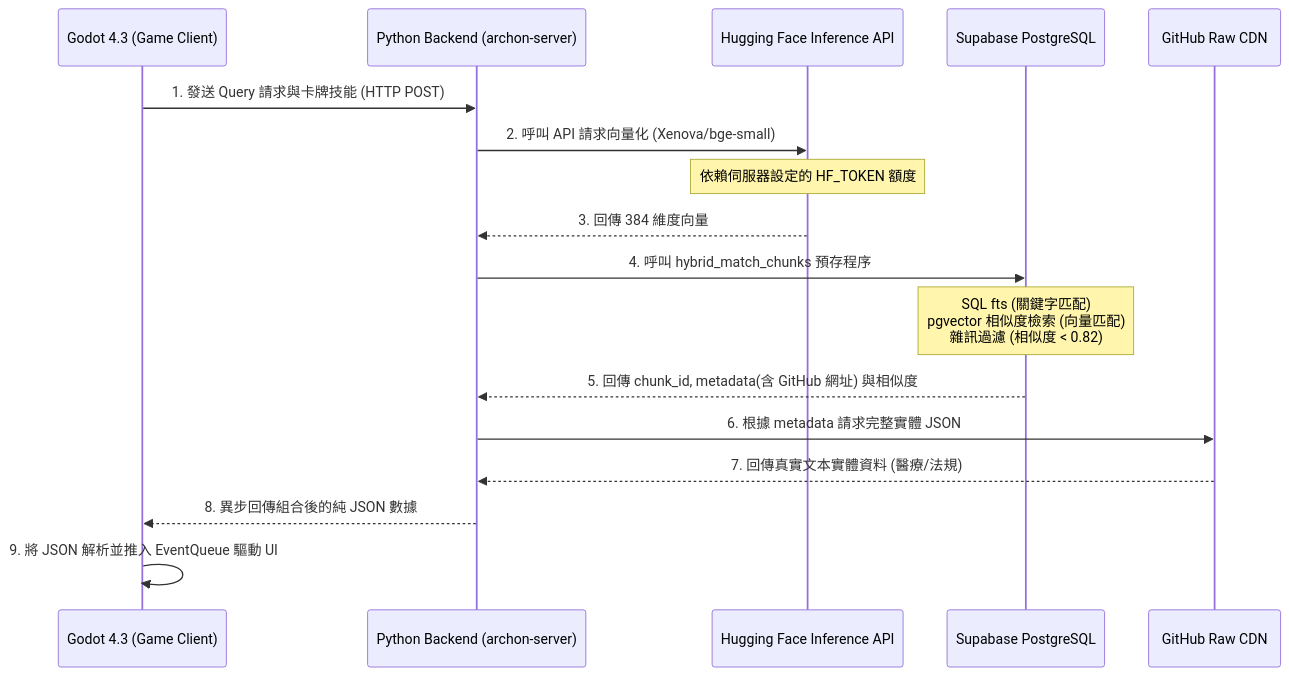
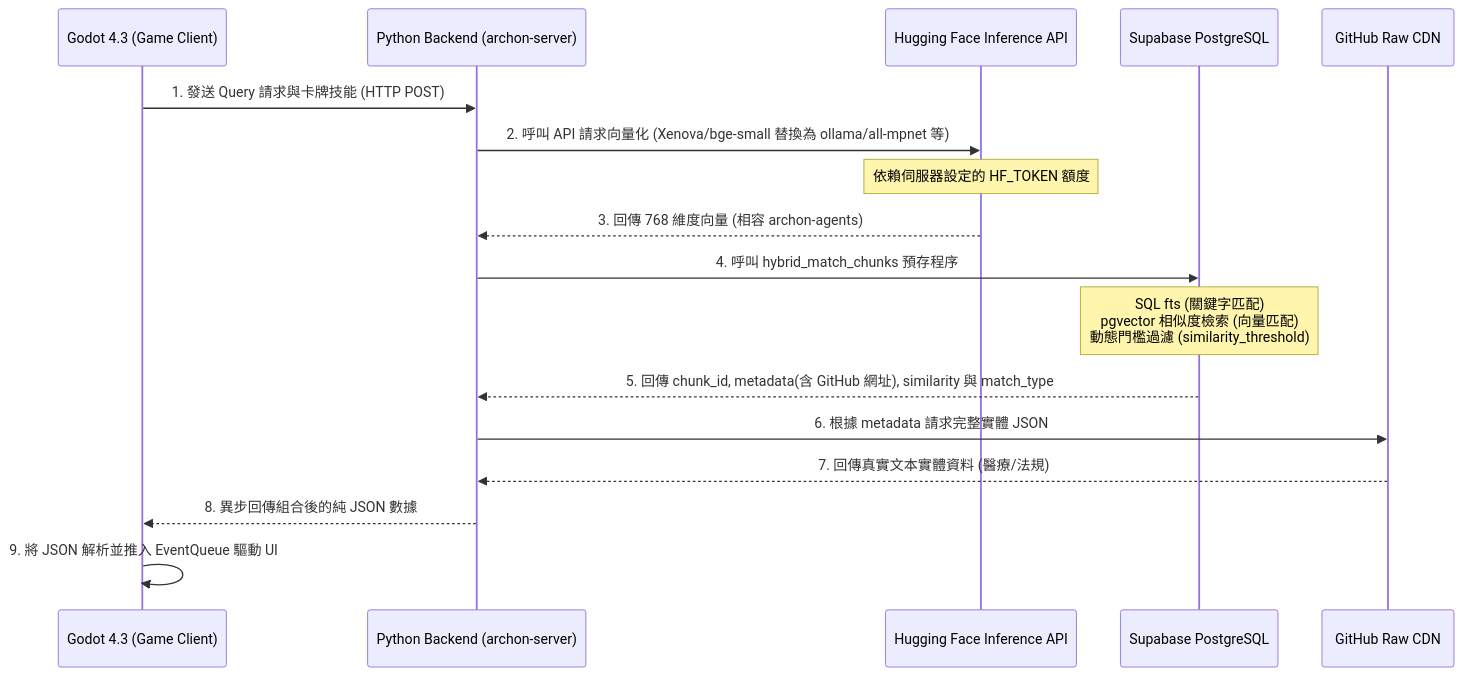
Before and after one commit to info-vin/Archon: the diagram in docs/game_design/TDD_Recontextualization.md, drawn with Mermaid. The commit also changed other lines of this file, not shown here.

Commit message:
docs: finalize Recontextualization TDD with Maaack MVC core strategy and RPG meta-architecture

````diff
--- a/docs/game_design/TDD_Recontextualization.md
+++ b/docs/game_design/TDD_Recontextualization.md
@@ -26,20 +31,20 @@
 ```mermaid
 sequenceDiagram
     participant Godot as Godot 4.3 (Game Client)
     participant FastAPI as Python Backend (archon-server)
     participant HF as Hugging Face Inference API
     participant DB as Supabase PostgreSQL
     participant CDN as GitHub Raw CDN
 
     Godot->>FastAPI: 1. 發送 Query 請求與卡牌技能 (HTTP POST)
-    FastAPI->>HF: 2. 呼叫 API 請求向量化 (Xenova/bge-small)
+    FastAPI->>HF: 2. 呼叫 API 請求向量化 (Xenova/bge-small 替換為 ollama/all-mpnet 等)
     Note over HF: 依賴伺服器設定的 HF_TOKEN 額度
-    HF-->>FastAPI: 3. 回傳 384 維度向量
+    HF-->>FastAPI: 3. 回傳 768 維度向量 (相容 archon-agents)
     FastAPI->>DB: 4. 呼叫 hybrid_match_chunks 預存程序
-    Note over DB: SQL fts (關鍵字匹配)<br/>pgvector 相似度檢索 (向量匹配)<br/>雜訊過濾 (相似度 < 0.82)
-    DB-->>FastAPI: 5. 回傳 chunk_id, metadata(含 GitHub 網址) 與相似度
+    Note over DB: SQL fts (關鍵字匹配)<br/>pgvector 相似度檢索 (向量匹配)<br/>動態門檻過濾 (similarity_threshold)
+    DB-->>FastAPI: 5. 回傳 chunk_id, metadata(含 GitHub 網址), similarity 與 match_type
     FastAPI->>CDN: 6. 根據 metadata 請求完整實體 JSON
     CDN-->>FastAPI: 7. 回傳真實文本實體資料 (醫療/法規)
     FastAPI-->>Godot: 8. 異步回傳組合後的純 JSON 數據
     Godot->>Godot: 9. 將 JSON 解析並推入 EventQueue 驅動 UI
 ```
````
